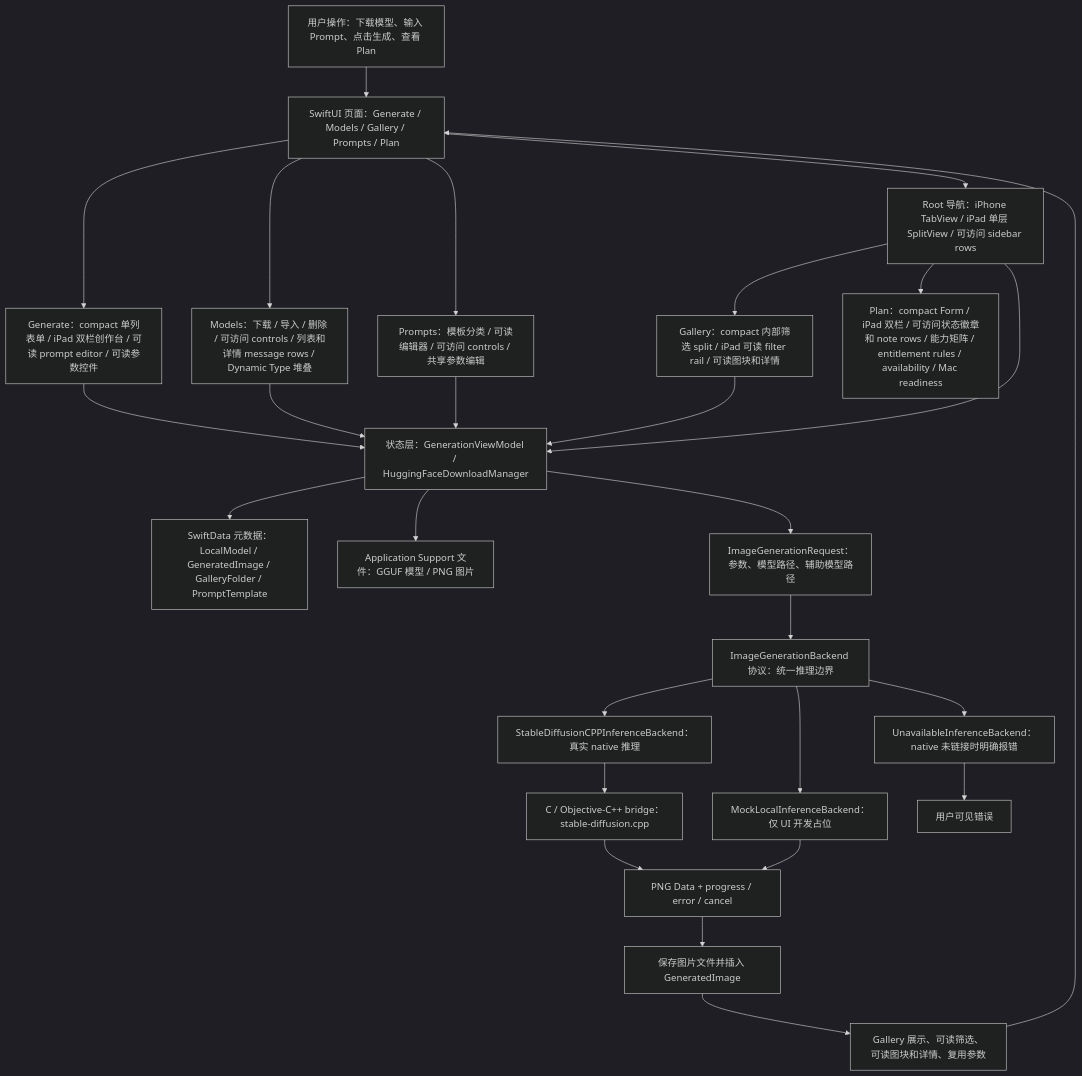
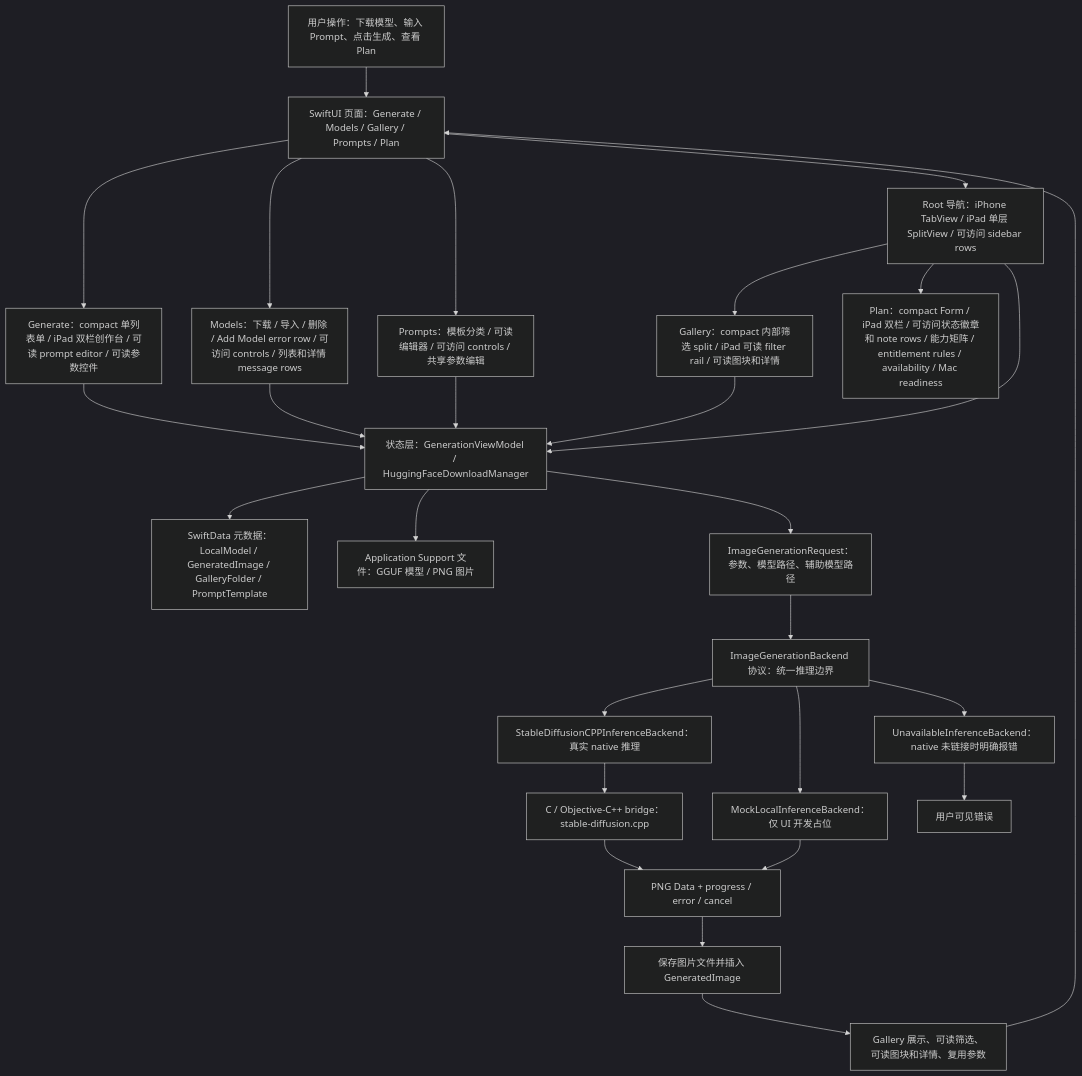
One commit to Altman-sam114/118 changed the first of 7 diagrams in md/flow/flowchart.md. Above: the diagram before and after it, drawn with Mermaid (dark theme). The commit also changed 5 other files, not shown here.

First line of the commit message:
v1.24: Add model error accessibility

````diff
--- a/md/flow/flowchart.md
+++ b/md/flow/flowchart.md
@@ -9,29 +9,29 @@
 ```mermaid
 flowchart TD
   U["用户操作：下载模型、输入 Prompt、点击生成、查看 Plan"] --> UI["SwiftUI 页面：Generate / Models / Gallery / Prompts / Plan"]
   UI --> GENUI["Generate：compact 单列表单 / iPad 双栏创作台 / 可读 prompt editor / 可读参数控件"]
-  UI --> MODELUI["Models：下载 / 导入 / 删除 / 可访问 controls / 列表和详情 message rows / Dynamic Type 堆叠"]
+  UI --> MODELUI["Models：下载 / 导入 / 删除 / Add Model error row / 可访问 controls / 列表和详情 message rows"]
   UI --> PROMPTUI["Prompts：模板分类 / 可读编辑器 / 可访问 controls / 共享参数编辑"]
   UI --> NAV["Root 导航：iPhone TabView / iPad 单层 SplitView / 可访问 sidebar rows"]
   NAV --> GALUI["Gallery：compact 内部筛选 split / iPad 可读 filter rail / 可读图块和详情"]
   NAV --> PLANUI["Plan：compact Form / iPad 双栏 / 可访问状态徽章和 note rows / 能力矩阵 / entitlement rules / availability / Mac readiness"]
   NAV --> VM["状态层：GenerationViewModel / HuggingFaceDownloadManager"]
   GENUI --> VM
   MODELUI --> VM
   PROMPTUI --> VM
   GALUI --> VM
   VM --> SD["SwiftData 元数据：LocalModel / GeneratedImage / GalleryFolder / PromptTemplate"]
   VM --> FS["Application Support 文件：GGUF 模型 / PNG 图片"]
   VM --> REQ["ImageGenerationRequest：参数、模型路径、辅助模型路径"]
   REQ --> IFACE["ImageGenerationBackend 协议：统一推理边界"]
   IFACE --> NATIVE["StableDiffusionCPPInferenceBackend：真实 native 推理"]
   IFACE --> MOCK["MockLocalInferenceBackend：仅 UI 开发占位"]
   IFACE --> OFF["UnavailableInferenceBackend：native 未链接时明确报错"]
   NATIVE --> BRIDGE["C / Objective-C++ bridge：stable-diffusion.cpp"]
   BRIDGE --> PNG["PNG Data + progress / error / cancel"]
   MOCK --> PNG
   OFF --> ERR["用户可见错误"]
   PNG --> SAVE["保存图片文件并插入 GeneratedImage"]
   SAVE --> GALLERY["Gallery 展示、可读筛选、可读图块和详情、复用参数"]
   GALLERY --> UI
 ```
````
